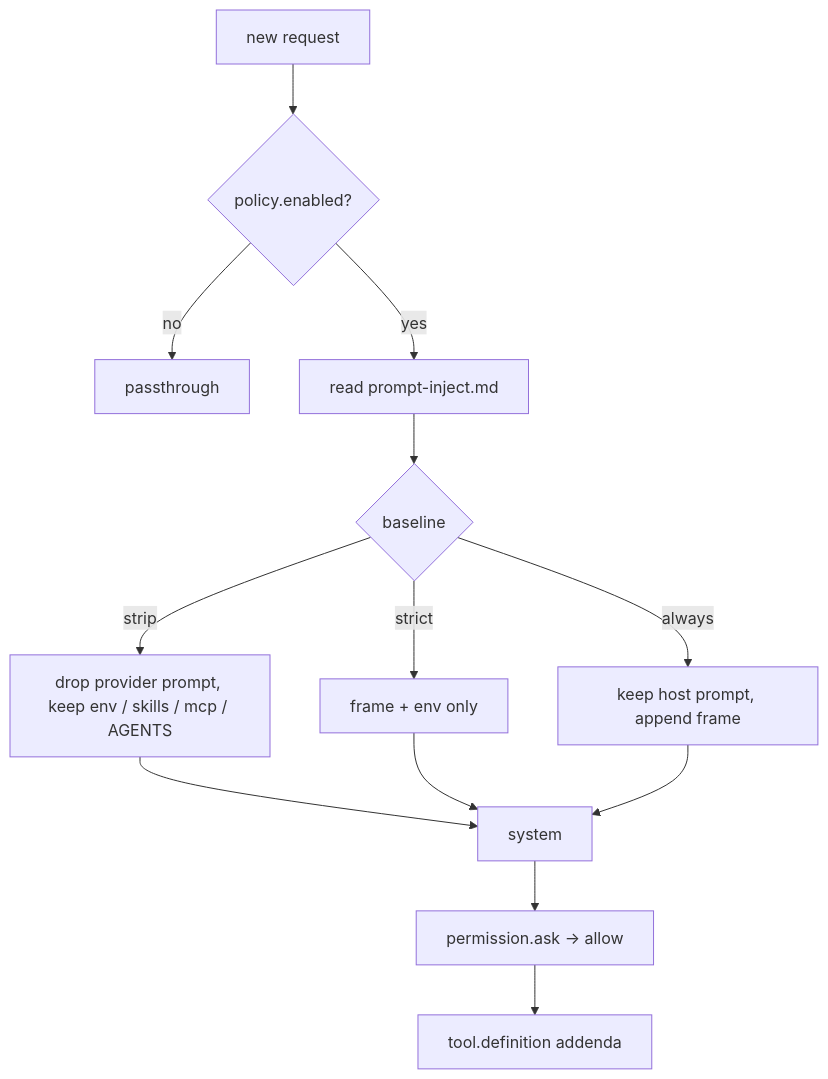
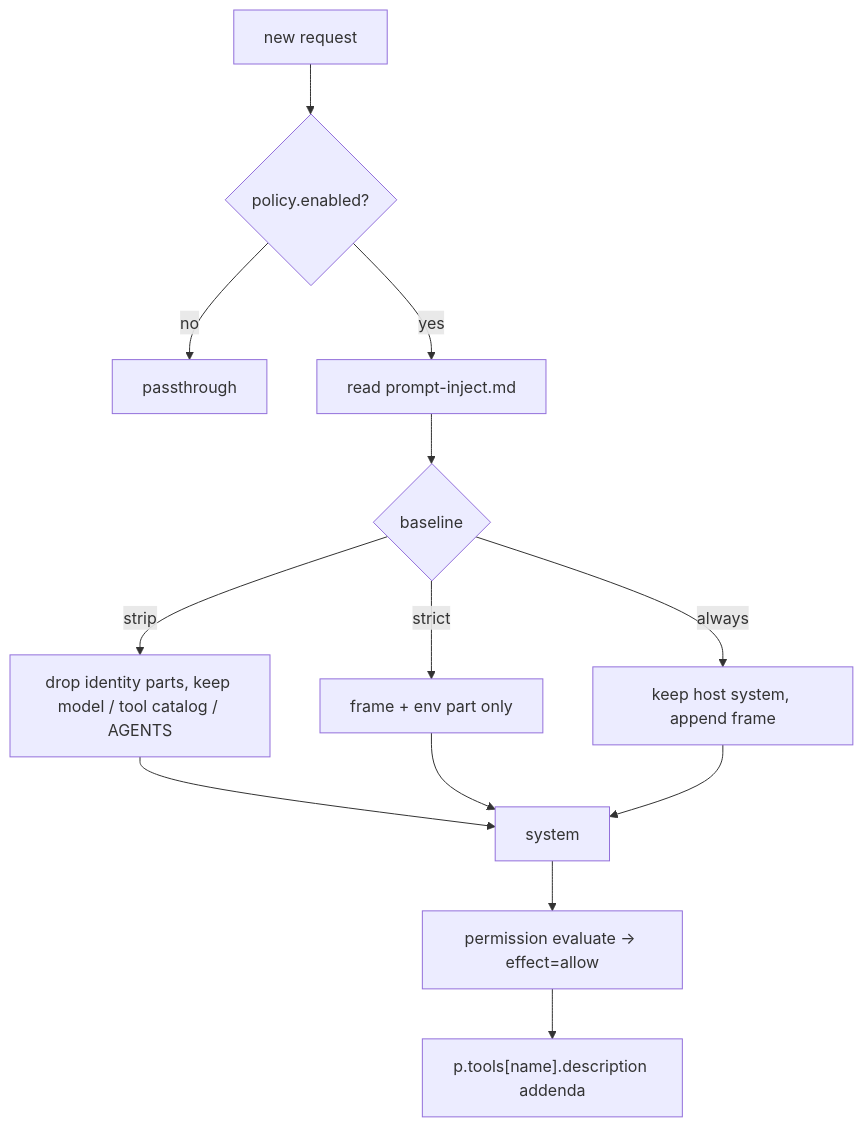
The second of 2 diagrams in README.md (oahcom/opencode-purge), drawn with Mermaid before and after one commit. The commit also changed other lines of this file and 12 other files, not shown here.

````diff
--- a/README.md
+++ b/README.md
@@ -145,15 +156,15 @@
 ```mermaid
 flowchart TD
   A["new request"] --> B{"policy.enabled?"}
   B -->|no| Z["passthrough"]
   B -->|yes| C["read prompt-inject.md"]
   C --> D{"baseline"}
-  D -->|strip| E["drop provider prompt, keep env / skills / mcp / AGENTS"]
-  D -->|strict| F["frame + env only"]
-  D -->|always| G["keep host prompt, append frame"]
+  D -->|strip| E["drop identity parts, keep model / tool catalog / AGENTS"]
+  D -->|strict| F["frame + env part only"]
+  D -->|always| G["keep host system, append frame"]
   E --> H["system"]
   F --> H
   G --> H
-  H --> I["permission.ask -> allow"]
-  I --> J["tool.definition addenda"]
+  H --> I["permission evaluate -> effect=allow"]
+  I --> J["p.tools[name].description addenda"]
 ```
````
